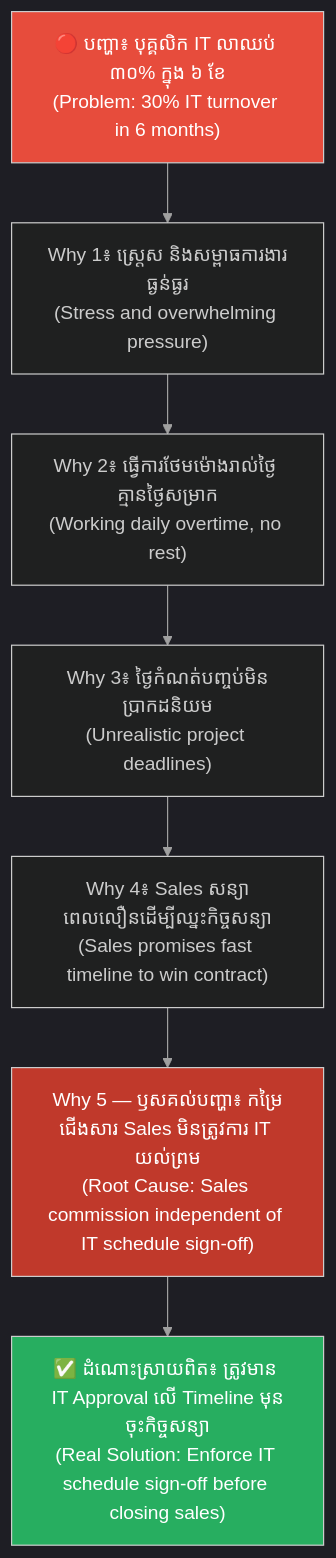
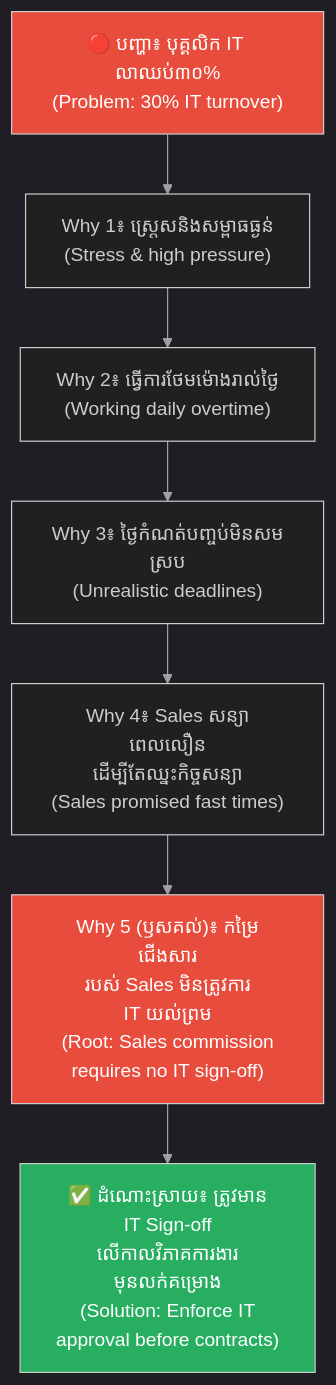
One commit to iblogger855/iblogger-feeds changed the sixth of 8 diagrams in feeds/concepts/articles/02-five-whys-technique.md. Above: the diagram before and after it, drawn with Mermaid. The commit also changed other lines of this file, not shown here.

Commit message:
docs: improve 02-five-whys-technique.md content layout and diagram styling

````diff
--- a/feeds/concepts/articles/02-five-whys-technique.md
+++ b/feeds/concepts/articles/02-five-whys-technique.md
@@ -364,22 +370,22 @@
 ```mermaid
 %%{init: {
   'theme': 'dark',
   'themeVariables': {
     'background': '#1e1e1e',
     'primaryTextColor': '#ffffff',
     'lineColor': '#a0a0a0'
   },
   'themeCSS': 'svg { background-color: #1e1e1e !important; padding: 1rem !important; border-radius: 8px !important; } .edgeLabel rect { fill: #1e1e1e !important; } text, tspan { fill: #ffffff !important; }'
 }}%%
 graph TD
-    A["🔴 បញ្ហា៖ បុគ្គលិក IT លាឈប់ ៣០% ក្នុង ៦ ខែ<br/>(Problem: 30% IT turnover in 6 months)"] --> B["Why 1៖ ស្ត្រេស និងសម្ពាធការងារធ្ងន់ធ្ងរ<br/>(Stress and overwhelming pressure)"]
-    B --> C["Why 2៖ ធ្វើការថែមម៉ោងរាល់ថ្ងៃ គ្មានថ្ងៃសម្រាក<br/>(Working daily overtime, no rest)"]
-    C --> D["Why 3៖ ថ្ងៃកំណត់បញ្ចប់មិនប្រាកដនិយម<br/>(Unrealistic project deadlines)"]
-    D --> E["Why 4៖ Sales សន្យាពេលលឿនដើម្បីឈ្នះកិច្ចសន្យា<br/>(Sales promises fast timeline to win contract)"]
-    E --> F["Why 5 — ឫសគល់បញ្ហា៖ កម្រៃជើងសារ Sales មិនត្រូវការ IT យល់ព្រម<br/>(Root Cause: Sales commission independent of IT schedule sign-off)"]
-    F --> G["✅ ដំណោះស្រាយពិត៖ ត្រូវមាន IT Approval លើ Timeline មុនចុះកិច្ចសន្យា<br/>(Real Solution: Enforce IT schedule sign-off before closing sales)"]
+    A["🔴 បញ្ហា៖ បុគ្គលិក IT លាឈប់៣០%<br/>(Problem: 30% IT turnover)"] --> B["Why 1៖ ស្រ្តេសនិងសម្ពាធធ្ងន់<br/>(Stress & high pressure)"]
+    B --> C["Why 2៖ ធ្វើការថែមម៉ោងរាល់ថ្ងៃ<br/>(Working daily overtime)"]
+    C --> D["Why 3៖ ថ្ងៃកំណត់បញ្ចប់មិនសមស្រប<br/>(Unrealistic deadlines)"]
+    D --> E["Why 4៖ Sales សន្យាពេលលឿន<br/>ដើម្បីតែឈ្នះកិច្ចសន្យា<br/>(Sales promised fast times)"]
+    E --> F["Why 5 (ឫសគល់)៖ កម្រៃជើងសារ<br/>របស់ Sales មិនត្រូវការ<br/>IT យល់ព្រម<br/>(Root: Sales commission<br/>requires no IT sign-off)"]
+    F --> G["✅ ដំណោះស្រាយ៖ ត្រូវមាន<br/>IT Sign-off<br/>លើកាលវិភាគការងារ<br/>មុនលក់គម្រោង<br/>(Solution: Enforce IT<br/>approval before contracts)"]
 
     style A fill:#e74c3c,color:#fff
-    style F fill:#c0392b,color:#fff
+    style F fill:#e74c3c,color:#fff
     style G fill:#27ae60,color:#fff
 ```
````
